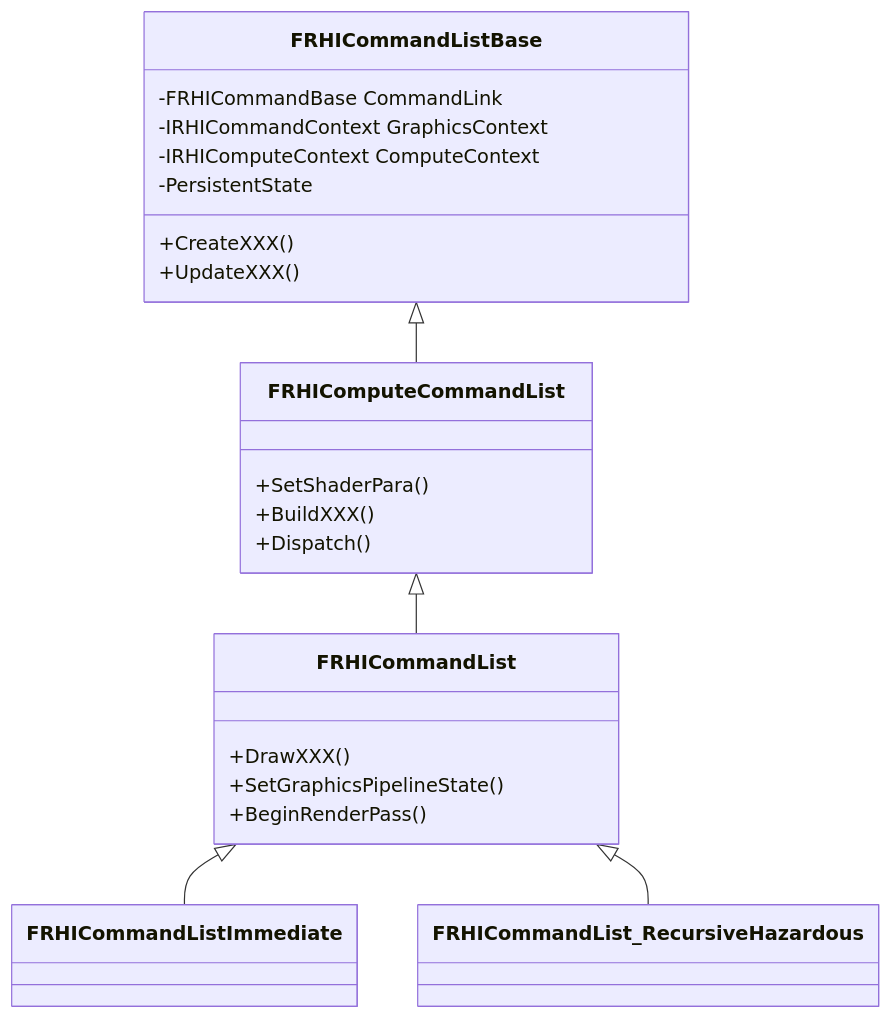
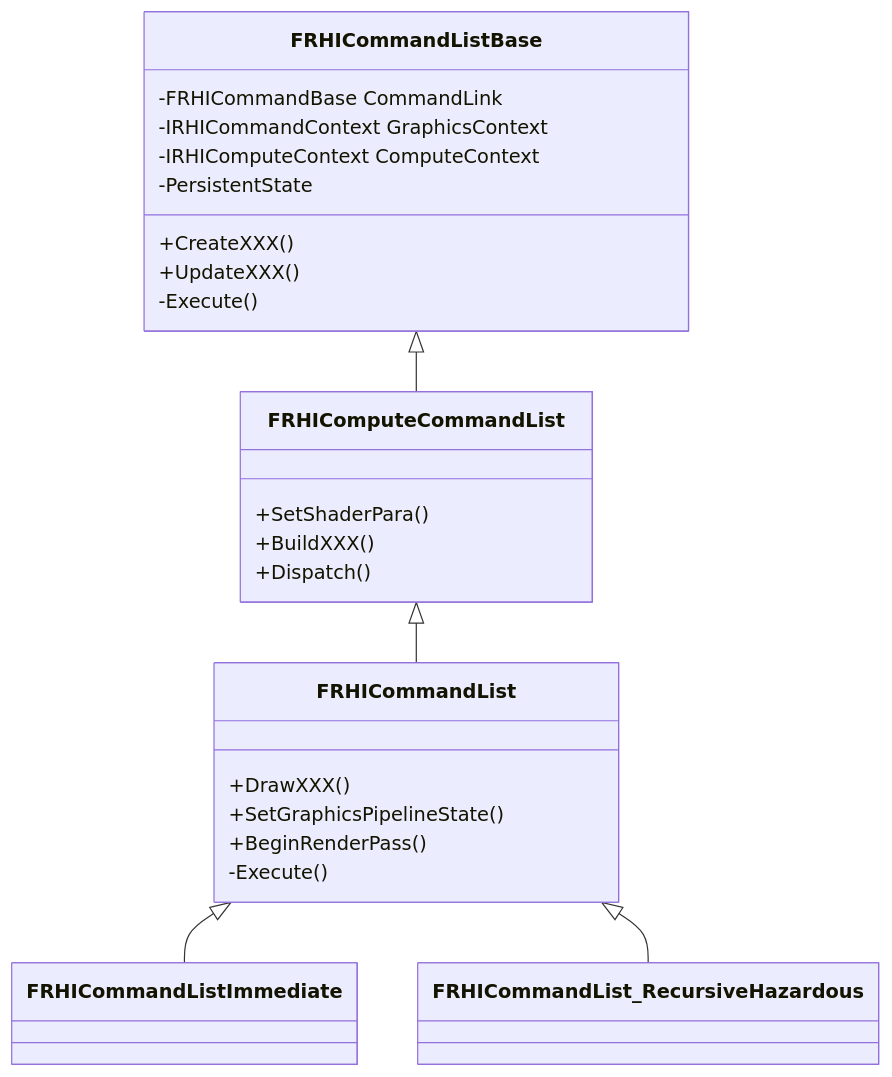
One commit to InchChou/misc changed the diagram in UE5杂项笔记.md. Above: the diagram before and after it, drawn with Mermaid. The commit also changed other lines of this file and 1 other file, not shown here.

````diff
--- a/UE5杂项笔记.md
+++ b/UE5杂项笔记.md
@@ -91,29 +91,31 @@
 ```mermaid
 classDiagram
 	FRHICommandListBase <|-- FRHIComputeCommandList
 	FRHIComputeCommandList <|-- FRHICommandList
 
 	class FRHICommandListBase{
 		-FRHICommandBase CommandLink
 		-IRHICommandContext GraphicsContext
 		-IRHIComputeContext ComputeContext
 		-PersistentState
 		+CreateXXX()
 		+UpdateXXX()
+		-Execute()
 	}
 
 	class FRHIComputeCommandList{
 		+SetShaderPara()
 		+BuildXXX()
 		+Dispatch()
 	}
 
 	class FRHICommandList{
 		+DrawXXX()
 		+SetGraphicsPipelineState()
 		+BeginRenderPass()
+		-Execute()
 	}
 	
 	FRHICommandList <|-- FRHICommandListImmediate
 	FRHICommandList <|-- FRHICommandList_RecursiveHazardous
 ```
````
